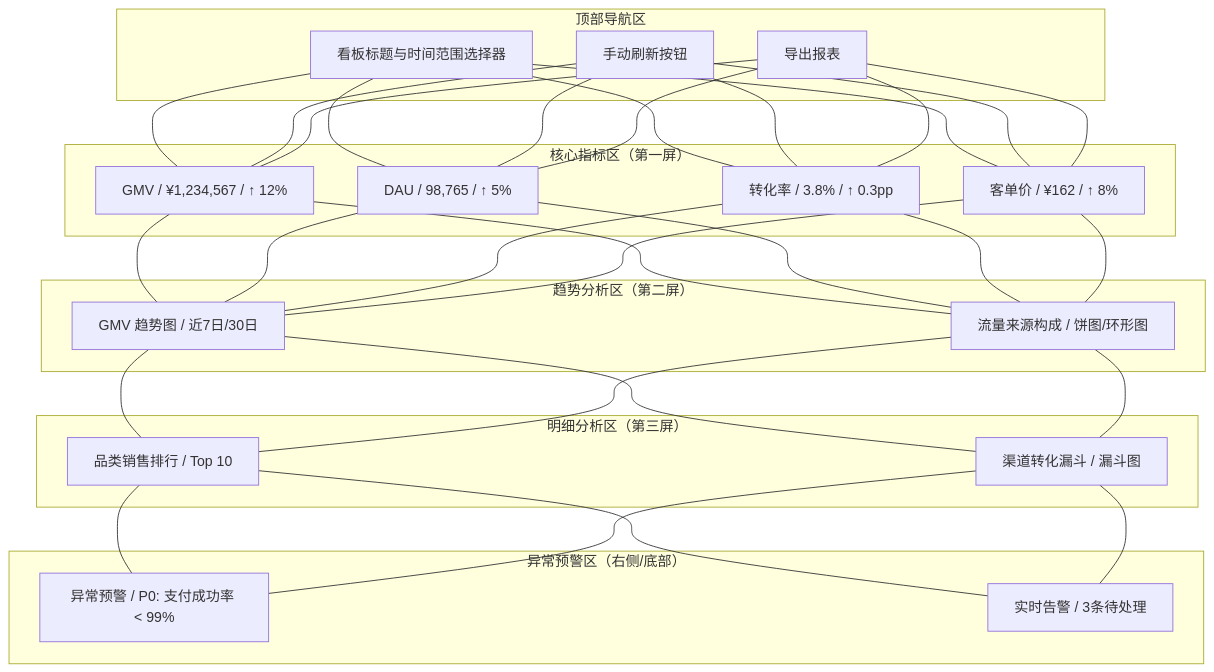
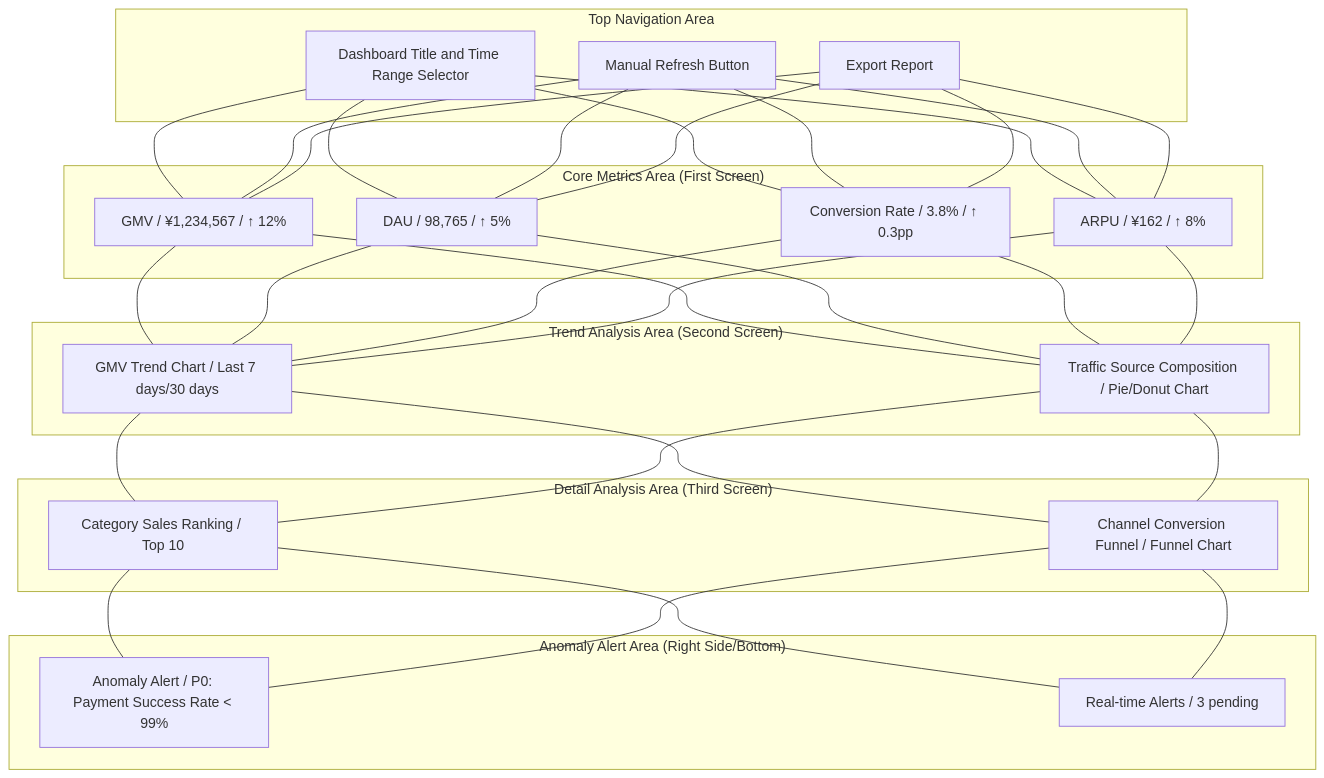
One commit to Kirky-X/cangjie changed the fourth of 9 diagrams in templates/产品/运营层/【模板】数据看板.md. Above: the diagram before and after it, drawn with Mermaid. The commit also changed other lines of this file and 60 other files, not shown here.

````diff
--- a/templates/产品/运营层/【模板】数据看板.md
+++ b/templates/产品/运营层/【模板】数据看板.md
@@ -168,37 +162,35 @@
 ```mermaid
-
-
 graph TB
-    subgraph "顶部导航区"
-        T1["看板标题与时间范围选择器"]
-        T2["手动刷新按钮"]
-        T3["导出报表"]
+    subgraph "Top Navigation Area"
+        T1["Dashboard Title and Time Range Selector"]
+        T2["Manual Refresh Button"]
+        T3["Export Report"]
     end
 
-    subgraph "核心指标区（第一屏）"
+    subgraph "Core Metrics Area (First Screen)"
         K1[GMV / ¥1,234,567 / ↑ 12%]
         K2[DAU / 98,765 / ↑ 5%]
-        K3["转化率 / 3.8% / ↑ 0.3pp"]
-        K4["客单价 / ¥162 / ↑ 8%"]
+        K3["Conversion Rate / 3.8% / ↑ 0.3pp"]
+        K4["ARPU / ¥162 / ↑ 8%"]
     end
 
-    subgraph "趋势分析区（第二屏）"
-        TR1["GMV 趋势图 / 近7日/30日"]
-        TR2["流量来源构成 / 饼图/环形图"]
+    subgraph "Trend Analysis Area (Second Screen)"
+        TR1["GMV Trend Chart / Last 7 days/30 days"]
+        TR2["Traffic Source Composition / Pie/Donut Chart"]
     end
 
-    subgraph "明细分析区（第三屏）"
-        D1["品类销售排行 / Top 10"]
-        D2["渠道转化漏斗 / 漏斗图"]
+    subgraph "Detail Analysis Area (Third Screen)"
+        D1["Category Sales Ranking / Top 10"]
+        D2["Channel Conversion Funnel / Funnel Chart"]
     end
 
-    subgraph "异常预警区（右侧/底部）"
-        A1["异常预警 / P0: 支付成功率 < 99%"]
-        A2["实时告警 / 3条待处理"]
+    subgraph "Anomaly Alert Area (Right Side/Bottom)"
+        A1["Anomaly Alert / P0: Payment Success Rate < 99%"]
+        A2["Real-time Alerts / 3 pending"]
     end
 
     T1 & T2 & T3 --- K1 & K2 & K3 & K4
     K1 & K2 & K3 & K4 --- TR1 & TR2
     TR1 & TR2 --- D1 & D2
     D1 & D2 --- A1 & A2
 ```
````
